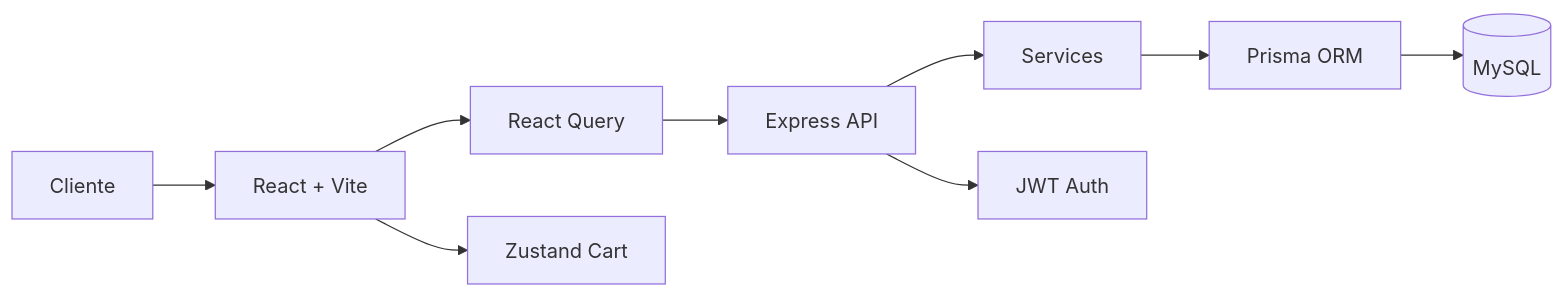
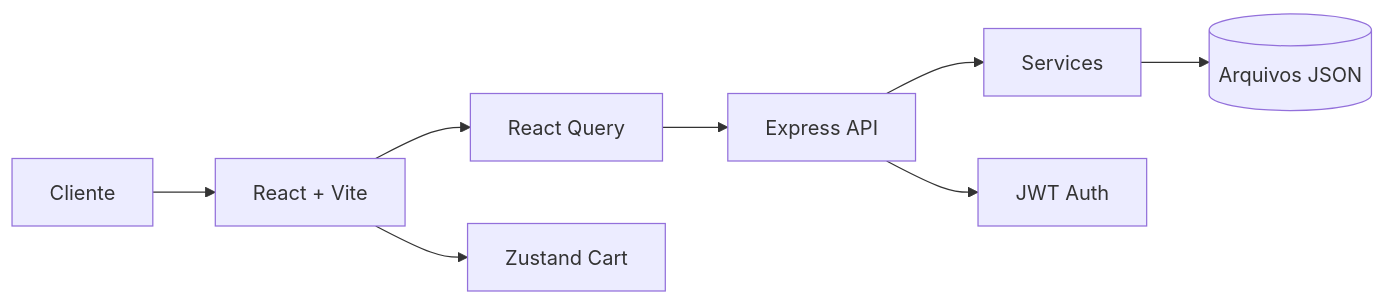
One commit to gargamelizado/portfolio changed the first of 2 diagrams in src/components/Project/proprio/chock-trufas-react/README.md. Above: the diagram before and after it, drawn with Mermaid. The commit also changed other lines of this file and 63 other files, not shown here.

````diff
--- a/src/components/Project/proprio/chock-trufas-react/README.md
+++ b/src/components/Project/proprio/chock-trufas-react/README.md
@@ -27,11 +27,10 @@
 ```mermaid
 flowchart LR
   A[Cliente] --> B[React + Vite]
   B --> C[React Query]
   B --> D[Zustand Cart]
   C --> E[Express API]
   E --> F[Services]
-  F --> G[Prisma ORM]
-  G --> H[(MySQL)]
+  F --> G[(Arquivos JSON)]
   E --> I[JWT Auth]
 ```
````
